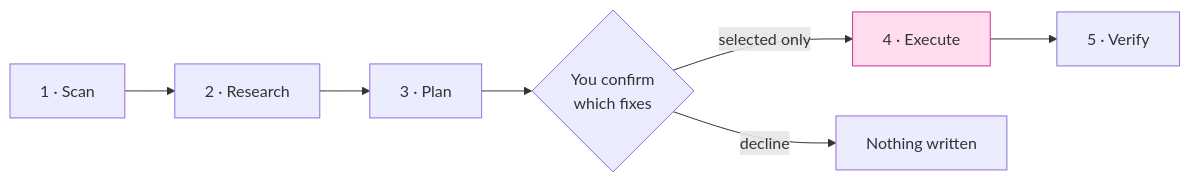
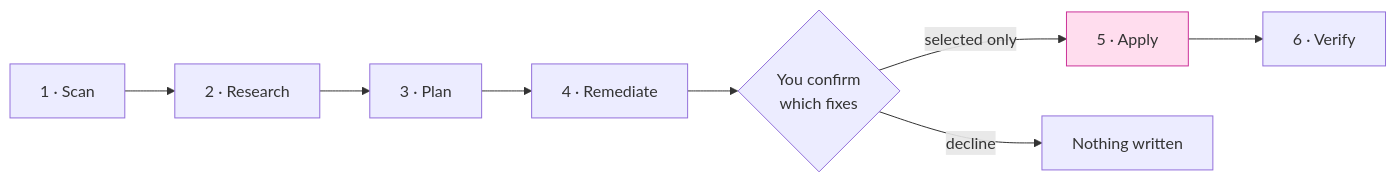
The second of 4 diagrams in README.md (njranum/Fix-My-Vibe), drawn with Mermaid before and after one commit. The commit also changed other lines of this file, not shown here.

First line of the commit message:
Rewrite README to match the deterministic-first architecture

````diff
--- a/README.md
+++ b/README.md
@@ -63,10 +73,10 @@
 ```mermaid
 flowchart LR
-    Scan["1 · Scan"] --> Research["2 · Research"] --> Plan["3 · Plan"]
-    Plan --> Gate{"You confirm<br/>which fixes"}
-    Gate -->|selected only| Execute["4 · Execute"] --> Verify["5 · Verify"]
+    Scan["1 · Scan"] --> Research["2 · Research"] --> Plan["3 · Plan"] --> Rem["4 · Remediate"]
+    Rem --> Gate{"You confirm<br/>which fixes"}
+    Gate -->|selected only| Apply["5 · Apply"] --> Verify["6 · Verify"]
     Gate -->|decline| Stop["Nothing written"]
 
     classDef write fill:#fde,stroke:#c39
-    class Execute write
+    class Apply write
 ```
````
